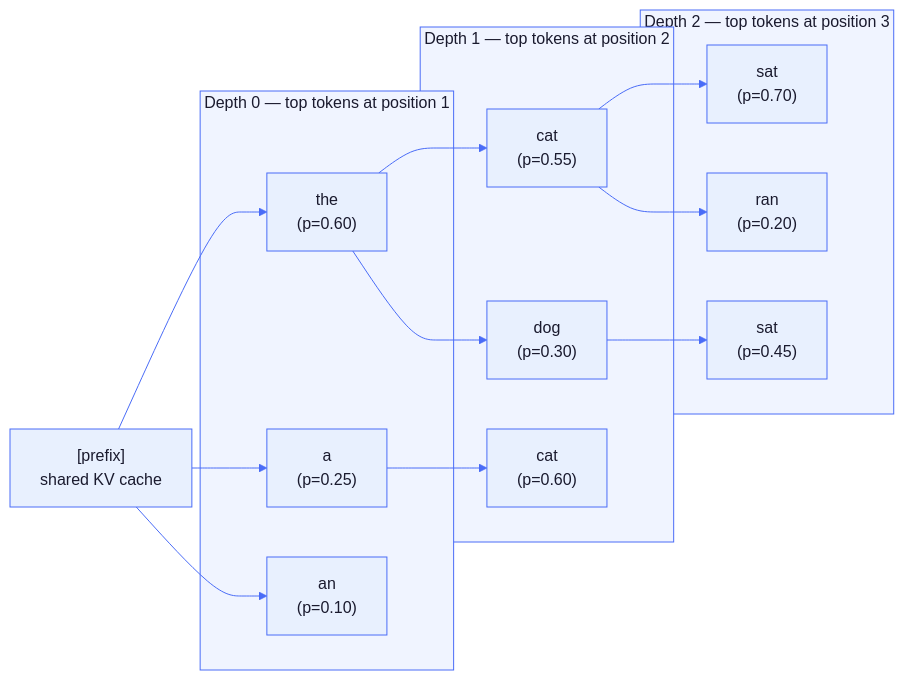
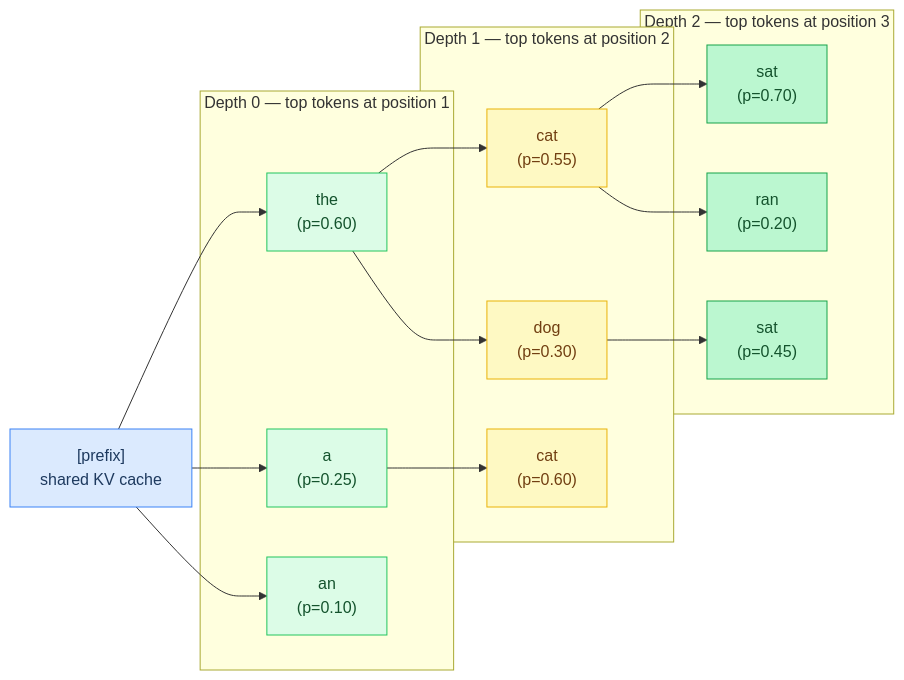
Before and after one commit to maci0/agave: the second of 10 diagrams in docs/tutorial/17-speculative-decoding.md, drawn with Mermaid. The commit also changed other lines of this file and 24 other files, not shown here.

First line of the commit message:
docs: convert all mermaid diagrams to classDef semantic colors

````diff
--- a/docs/tutorial/17-speculative-decoding.md
+++ b/docs/tutorial/17-speculative-decoding.md
@@ -71,48 +71,51 @@
 ```mermaid
-%%{init: {'theme': 'base', 'themeVariables': {
-  'primaryColor': '#e8f0fe',
-  'primaryTextColor': '#1a1a2e',
-  'primaryBorderColor': '#4a6cf7',
-  'lineColor': '#4a6cf7',
-  'secondaryColor': '#f0f4ff',
-  'tertiaryColor': '#f8f9ff',
-  'edgeLabelBackground': '#ffffff',
-  'clusterBkg': '#f0f4ff',
-  'clusterBorder': '#4a6cf7',
-  'titleColor': '#1a1a2e',
-  'nodeTextColor': '#1a1a2e',
-  'fontFamily': 'ui-monospace, SFMono-Regular, monospace'
-}}}%%
 graph LR
-    Root["[prefix]\nshared KV cache"]
+    classDef setup     fill:#dbeafe,stroke:#3b82f6,color:#1e3a5f
+    classDef sync      fill:#dcfce7,stroke:#22c55e,color:#14532d
+    classDef migration fill:#fef9c3,stroke:#eab308,color:#713f12
+    classDef success   fill:#bbf7d0,stroke:#16a34a,color:#14532d
+    classDef danger    fill:#fee2e2,stroke:#ef4444,color:#7f1d1d
+    classDef optional  fill:#f3e8ff,stroke:#9333ea,color:#581c87
 
-    Root --> D0A["the\n(p=0.60)"]
-    Root --> D0B["a\n(p=0.25)"]
-    Root --> D0C["an\n(p=0.10)"]
+    Root["[prefix]\nshared KV cache"]:::setup
 
-    D0A --> D1A["cat\n(p=0.55)"]
-    D0A --> D1B["dog\n(p=0.30)"]
-    D0B --> D1C["cat\n(p=0.60)"]
+    D0A["the\n(p=0.60)"]:::sync
+    D0B["a\n(p=0.25)"]:::sync
+    D0C["an\n(p=0.10)"]:::sync
+    D1A["cat\n(p=0.55)"]:::migration
+    D1B["dog\n(p=0.30)"]:::migration
+    D1C["cat\n(p=0.60)"]:::migration
+    D2A["sat\n(p=0.70)"]:::success
+    D2B["ran\n(p=0.20)"]:::success
+    D2C["sat\n(p=0.45)"]:::success
 
-    D1A --> D2A["sat\n(p=0.70)"]
-    D1A --> D2B["ran\n(p=0.20)"]
-    D1B --> D2C["sat\n(p=0.45)"]
+    Root --> D0A
+    Root --> D0B
+    Root --> D0C
+
+    D0A --> D1A
+    D0A --> D1B
+    D0B --> D1C
+
+    D1A --> D2A
+    D1A --> D2B
+    D1B --> D2C
 
     subgraph Depth0["Depth 0 — top tokens at position 1"]
         D0A
         D0B
         D0C
     end
 
     subgraph Depth1["Depth 1 — top tokens at position 2"]
         D1A
         D1B
         D1C
     end
 
     subgraph Depth2["Depth 2 — top tokens at position 3"]
         D2A
         D2B
         D2C
     end
 ```
````
